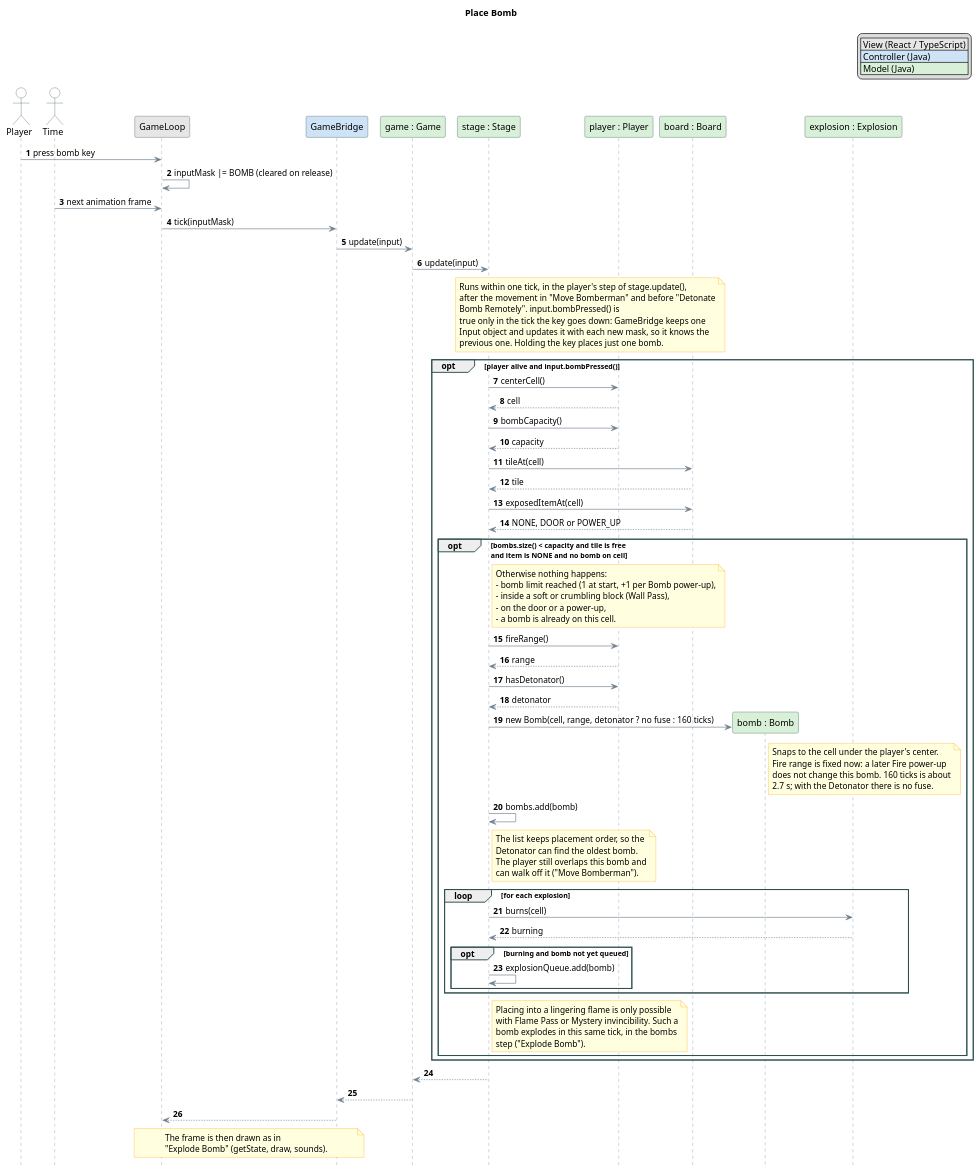
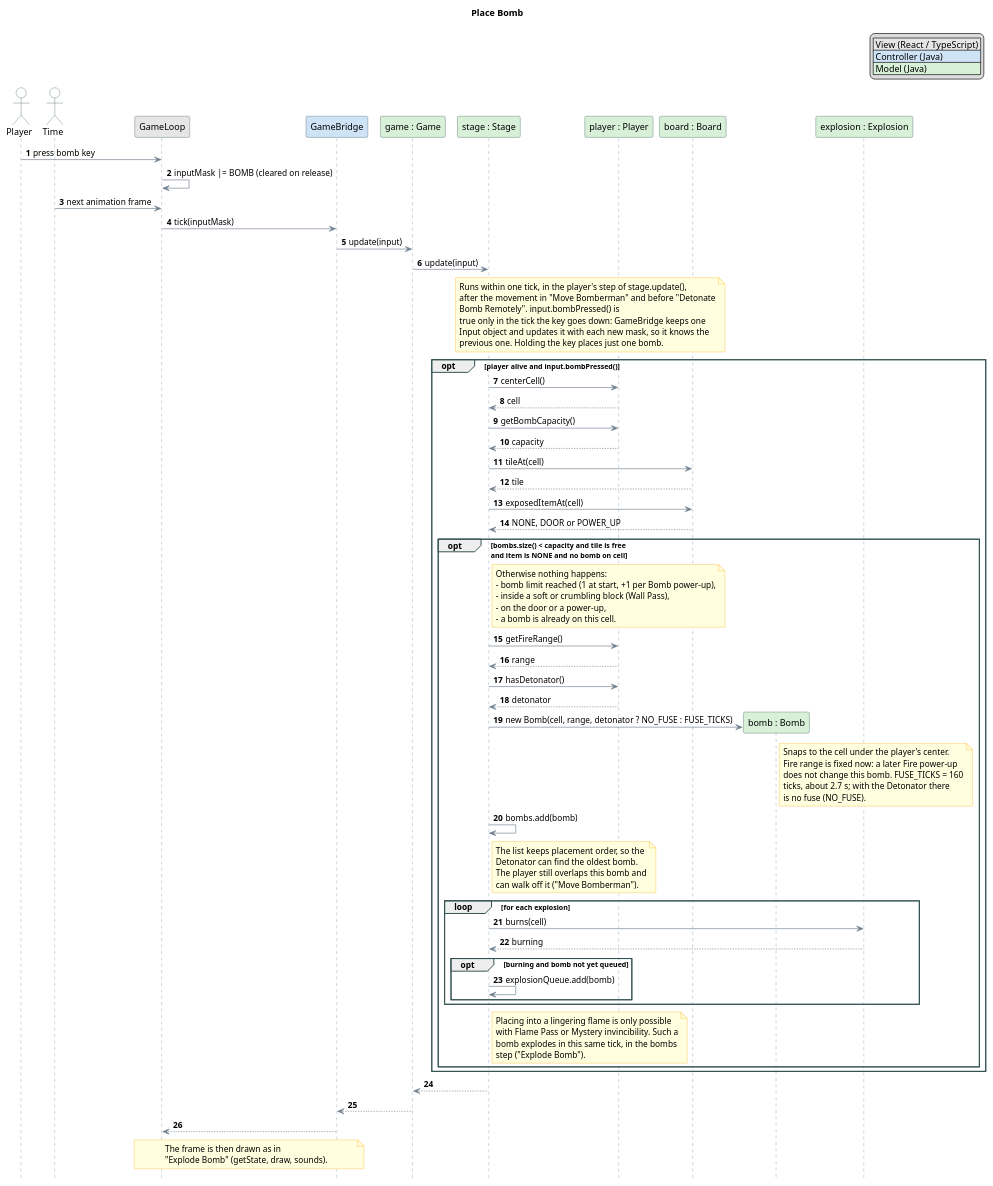
One commit to KamilDxD2/po2026 changed the diagram in projekt/uml/02-sekwencja-place-bomb.puml. Above: the diagram before and after it, drawn with PlantUML. The commit also changed 11 other files, not shown here.

Commit message:
Update UML diagrams and code documentation for Bomberman project - Updated all sequence diagrams - Added class diagram for the project

```diff
--- a/projekt/uml/02-sekwencja-place-bomb.puml
+++ b/projekt/uml/02-sekwencja-place-bomb.puml
@@ -1,124 +1,125 @@
 @startuml
 title Place Bomb
 
 hide footbox
 
 legend top right
   |<#E6E6E6> View (React / TypeScript) |
   |<#CFE3F7> Controller (Java) |
   |<#D8F0D8> Model (Java) |
 endlegend
 autonumber
 
 skinparam ParticipantBackgroundColor LightCyan
 skinparam ParticipantBorderColor DarkSlateGray
 skinparam ActorBackgroundColor White
 skinparam ActorBorderColor DarkSlateGray
 skinparam ArrowColor SlateGray
 skinparam SequenceLifeLineBorderColor SlateGray
 skinparam SequenceGroupBorderColor DarkSlateGray
 skinparam DefaultFontName Arial
 skinparam note {
     BackgroundColor LightYellow
     BorderColor Orange
 }
 
 ' ==========================================
 ' Participants, coloured by MVC layer as in "Explode Bomb" (see legend).
 ' Placing a bomb is part of the player's step of stage.update(),
 ' right after the movement in "Move Bomberman" and before its
 ' contact checks.
 ' ==========================================
 actor "Player" as user
 actor "Time" as time
 
 participant "GameLoop" as view #E6E6E6
 
 participant "GameBridge" as bridge #CFE3F7
 
 participant "game : Game" as game #D8F0D8
 participant "stage : Stage" as stage #D8F0D8
 participant "player : Player" as player #D8F0D8
 participant "board : Board" as board #D8F0D8
 participant "bomb : Bomb" as bomb #D8F0D8
 participant "explosion : Explosion" as explosion #D8F0D8
 
 user -> view : press bomb key
 view -> view : inputMask |= BOMB (cleared on release)
 time -> view : next animation frame
 view -> bridge : tick(inputMask)
 bridge -> game : update(input)
 game -> stage : update(input)
 
 note over stage, board
   Runs within one tick, in the player's step of stage.update(),
   after the movement in "Move Bomberman" and before "Detonate
   Bomb Remotely". input.bombPressed() is
   true only in the tick the key goes down: GameBridge keeps one
   Input object and updates it with each new mask, so it knows the
   previous one. Holding the key places just one bomb.
 end note
 
 opt player alive and input.bombPressed()
     stage -> player : centerCell()
     player --> stage : cell
-    stage -> player : bombCapacity()
+    stage -> player : getBombCapacity()
     player --> stage : capacity
     stage -> board : tileAt(cell)
     board --> stage : tile
     stage -> board : exposedItemAt(cell)
     board --> stage : NONE, DOOR or POWER_UP
 
     opt bombs.size() < capacity and tile is free\nand item is NONE and no bomb on cell
         note right of stage
           Otherwise nothing happens:
           - bomb limit reached (1 at start, +1 per Bomb power-up),
           - inside a soft or crumbling block (Wall Pass),
           - on the door or a power-up,
           - a bomb is already on this cell.
         end note
 
-        stage -> player : fireRange()
+        stage -> player : getFireRange()
         player --> stage : range
         stage -> player : hasDetonator()
         player --> stage : detonator
 
         create bomb
-        stage -> bomb : new Bomb(cell, range, detonator ? no fuse : 160 ticks)
+        stage -> bomb : new Bomb(cell, range, detonator ? NO_FUSE : FUSE_TICKS)
         note right of bomb
           Snaps to the cell under the player's center.
           Fire range is fixed now: a later Fire power-up
-          does not change this bomb. 160 ticks is about
-          2.7 s; with the Detonator there is no fuse.
+          does not change this bomb. FUSE_TICKS = 160
+          ticks, about 2.7 s; with the Detonator there
+          is no fuse (NO_FUSE).
         end note
 
         stage -> stage : bombs.add(bomb)
         note right of stage
           The list keeps placement order, so the
           Detonator can find the oldest bomb.
           The player still overlaps this bomb and
           can walk off it ("Move Bomberman").
         end note
 
         loop for each explosion
             stage -> explosion : burns(cell)
             explosion --> stage : burning
             opt burning and bomb not yet queued
                 stage -> stage : explosionQueue.add(bomb)
             end
         end
         note right of stage
           Placing into a lingering flame is only possible
           with Flame Pass or Mystery invincibility. Such a
           bomb explodes in this same tick, in the bombs
           step ("Explode Bomb").
         end note
     end
 end
 
 stage --> game
 game --> bridge
 bridge --> view
 note over view, bridge : The frame is then drawn as in\n"Explode Bomb" (getState, draw, sounds).
 
 @enduml
```
